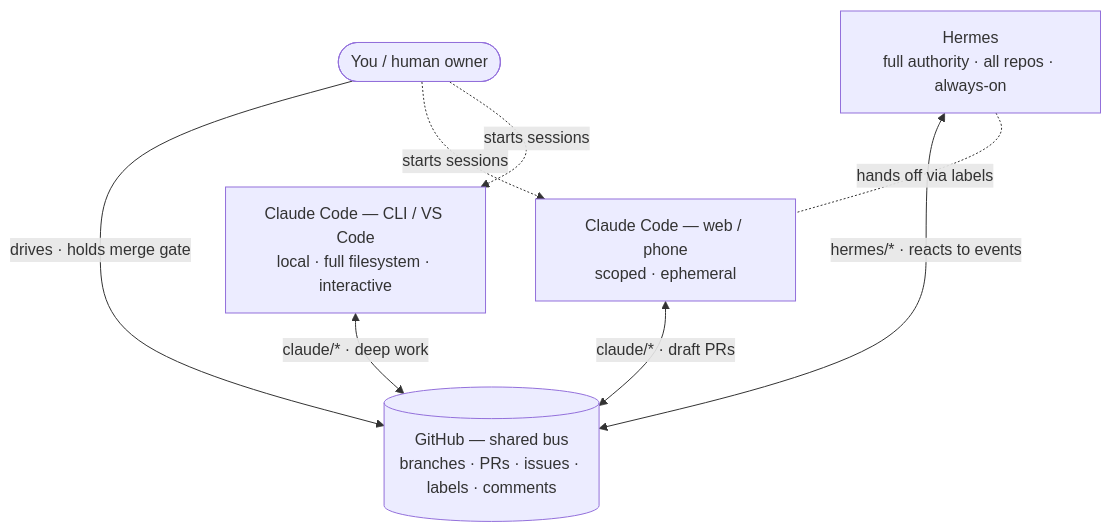
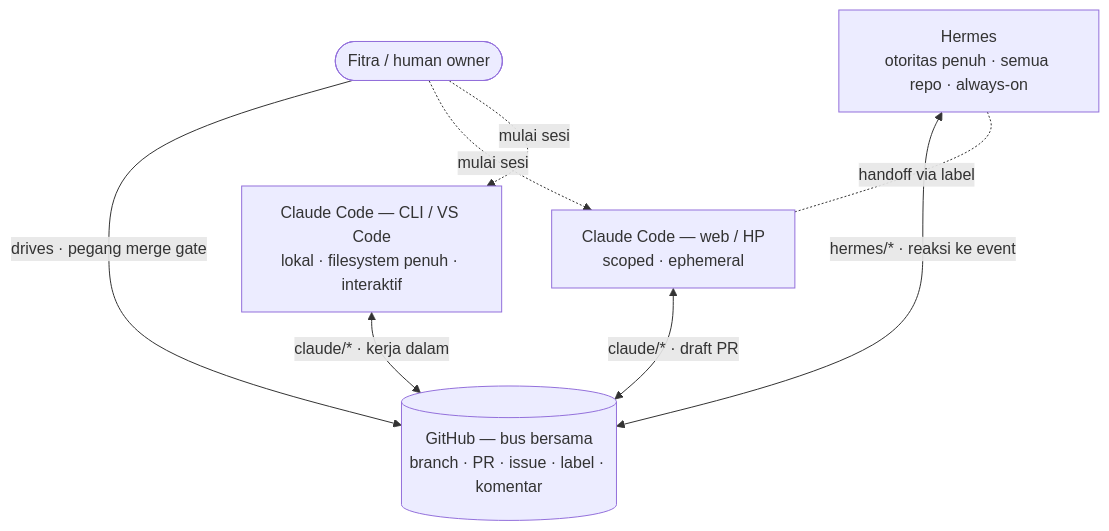
Before and after one commit to fitravertikal/skills: the diagram in .agents/TOPOLOGY.md, drawn with Mermaid. The commit also changed other lines of this file and 2 other files, not shown here.

First line of the commit message:
Reconcile .agents/ protocol with Hermes's version on main

````diff
--- a/.agents/TOPOLOGY.md
+++ b/.agents/TOPOLOGY.md
@@ -33,16 +55,16 @@
 ```mermaid
 flowchart TB
-    Human(["You / human owner"])
-    GH[("GitHub — shared bus<br/>branches · PRs · issues · labels · comments")]
-    Hermes["Hermes<br/>full authority · all repos · always-on"]
-    CCweb["Claude Code — web / phone<br/>scoped · ephemeral"]
-    CCcli["Claude Code — CLI / VS Code<br/>local · full filesystem · interactive"]
+    Human(["Fitra / human owner"])
+    GH[("GitHub — bus bersama<br/>branch · PR · issue · label · komentar")]
+    Hermes["Hermes<br/>otoritas penuh · semua repo · always-on"]
+    CCweb["Claude Code — web / HP<br/>scoped · ephemeral"]
+    CCcli["Claude Code — CLI / VS Code<br/>lokal · filesystem penuh · interaktif"]
 
-    Human -->|drives · holds merge gate| GH
-    Hermes <-->|hermes/* · reacts to events| GH
-    CCweb <-->|claude/* · draft PRs| GH
-    CCcli <-->|claude/* · deep work| GH
-    Human -. starts sessions .-> CCweb
-    Human -. starts sessions .-> CCcli
-    Hermes -. hands off via labels .- CCweb
+    Human -->|drives · pegang merge gate| GH
+    Hermes <-->|hermes/* · reaksi ke event| GH
+    CCweb <-->|claude/* · draft PR| GH
+    CCcli <-->|claude/* · kerja dalam| GH
+    Human -. mulai sesi .-> CCweb
+    Human -. mulai sesi .-> CCcli
+    Hermes -. handoff via label .- CCweb
 ```
````
